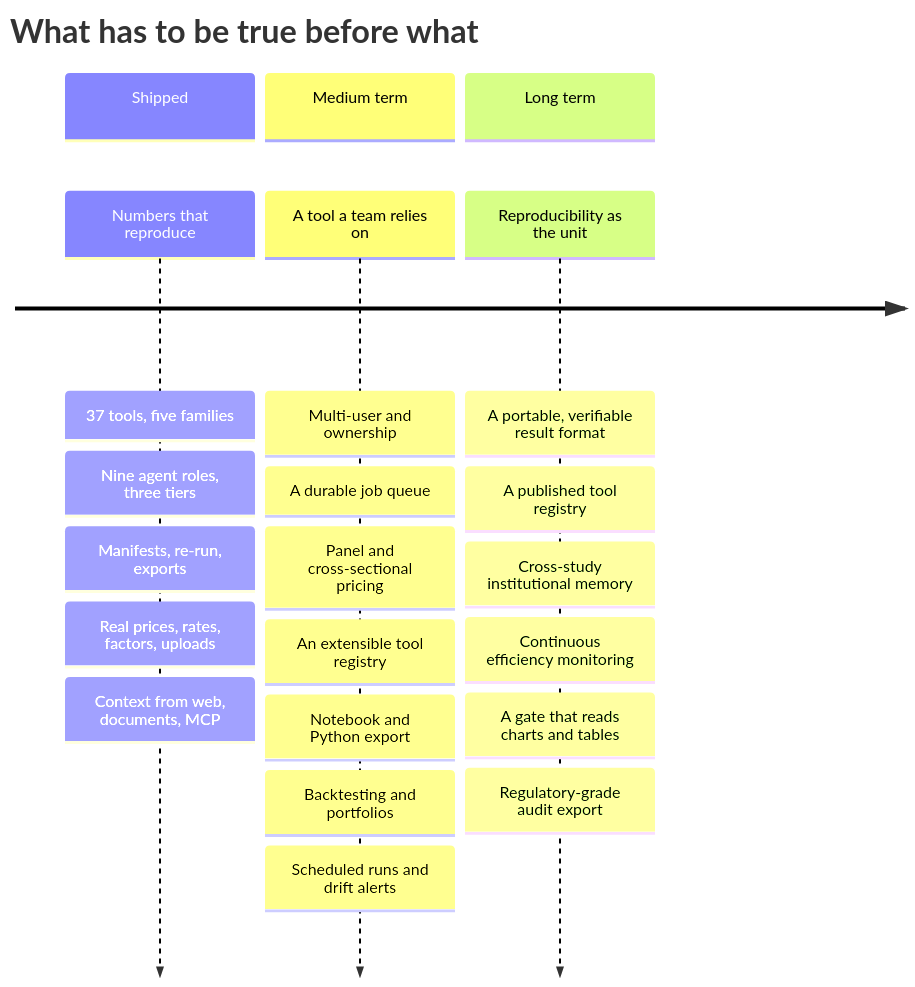
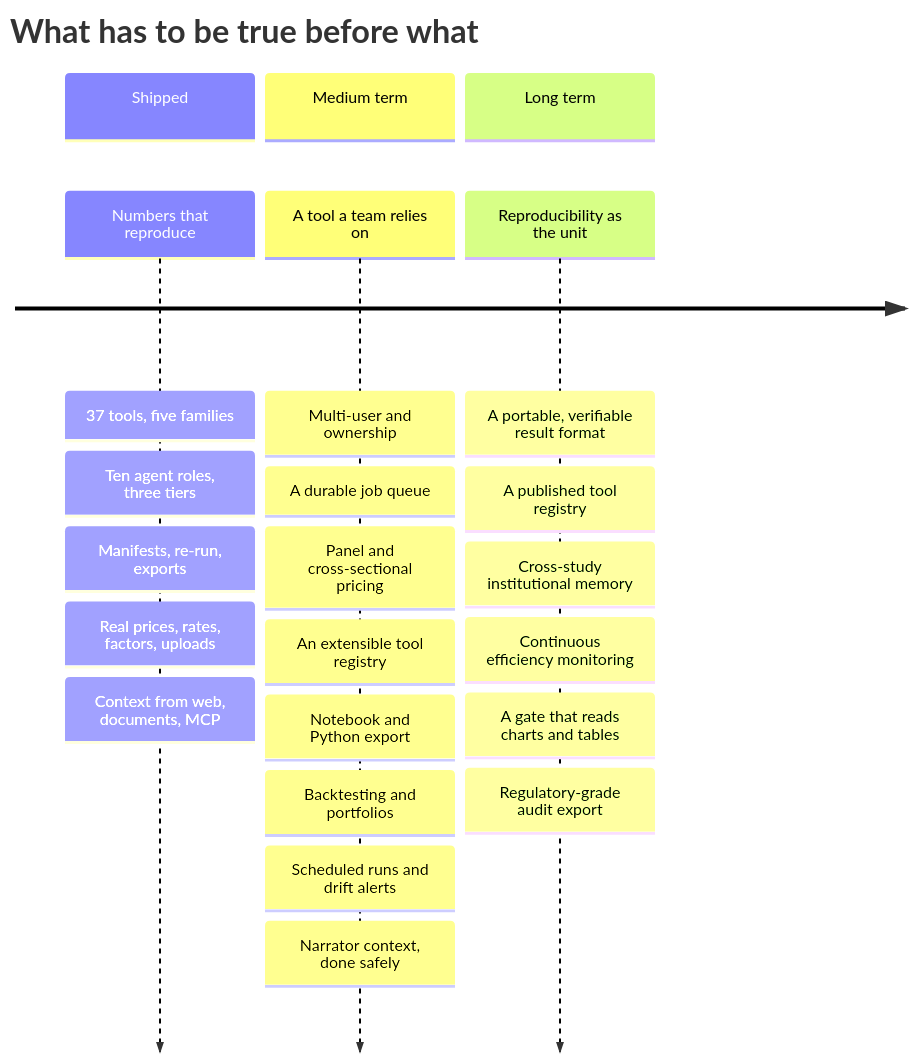
Before and after one commit to VikrantKurada/Econometrica: the first of 3 diagrams in docs/5-roadmap/README.md, drawn with Mermaid. The commit also changed 9 other files, not shown here.

````diff
--- a/docs/5-roadmap/README.md
+++ b/docs/5-roadmap/README.md
@@ -41,25 +41,26 @@
 ```mermaid
 timeline
     title What has to be true before what
     section Shipped
         Numbers that reproduce : 37 tools, five families
-                               : Nine agent roles, three tiers
+                               : Ten agent roles, three tiers
                                : Manifests, re-run, exports
                                : Real prices, rates, factors, uploads
                                : Context from web, documents, MCP
     section Medium term
         A tool a team relies on : Multi-user and ownership
                                 : A durable job queue
                                 : Panel and cross-sectional pricing
                                 : An extensible tool registry
                                 : Notebook and Python export
                                 : Backtesting and portfolios
                                 : Scheduled runs and drift alerts
+                                : Narrator context, done safely
     section Long term
         Reproducibility as the unit : A portable, verifiable result format
                                     : A published tool registry
                                     : Cross-study institutional memory
                                     : Continuous efficiency monitoring
                                     : A gate that reads charts and tables
                                     : Regulatory-grade audit export
 ```
````
